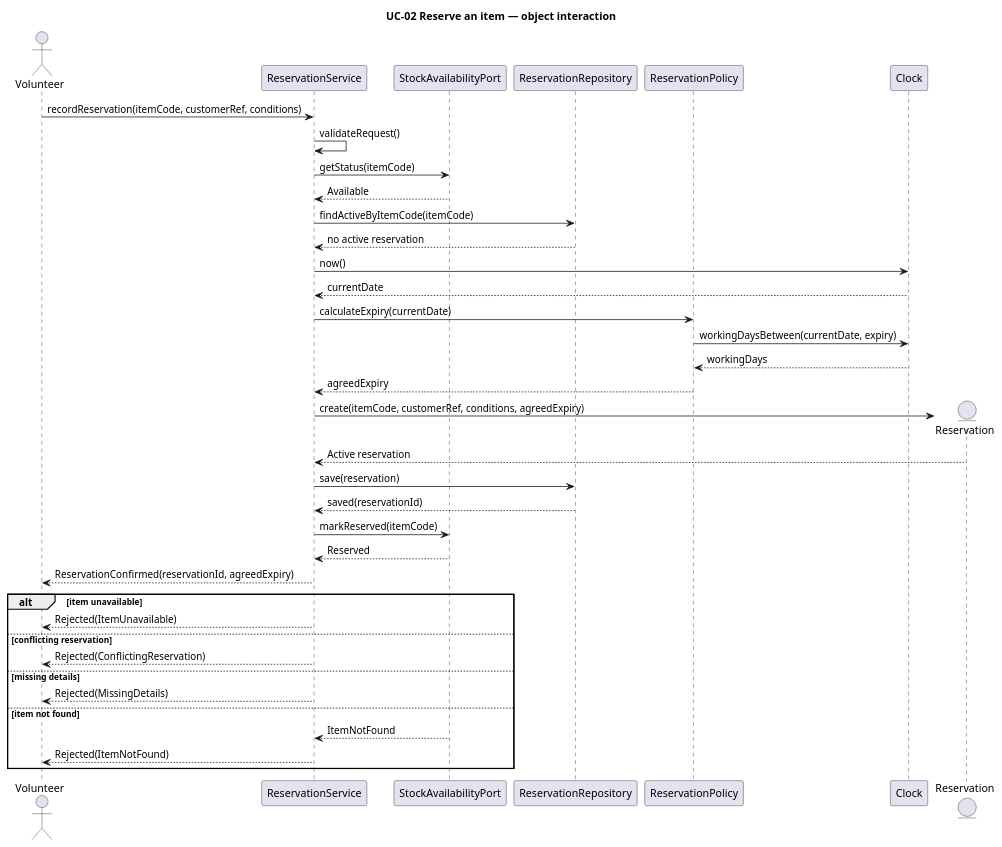
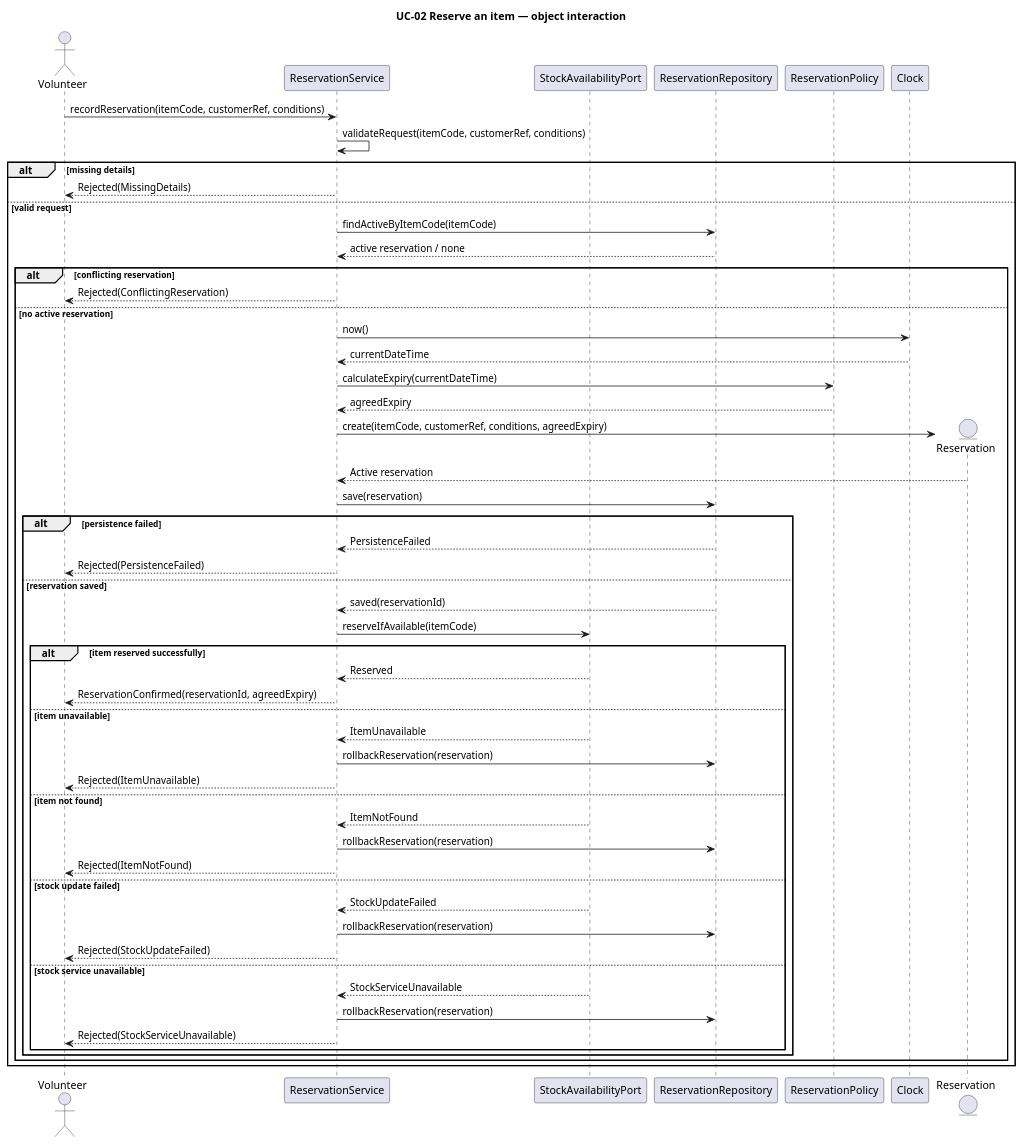
Before and after one commit to Mykola-Rubliuk/LocalCraftMarketplace: the diagram in ca2-analysis/slices/slice-1/sequence/Reserve-Item.puml, drawn with PlantUML. The commit also changed other lines of this file and 8 other files, not shown here.

```diff
--- a/ca2-analysis/slices/slice-1/sequence/Reserve-Item.puml
+++ b/ca2-analysis/slices/slice-1/sequence/Reserve-Item.puml
@@ -1,53 +2,76 @@
 @startuml
 
 title UC-02 Reserve an item — object interaction
 
 actor Volunteer
 participant ReservationService
 participant StockAvailabilityPort as Stock
 participant ReservationRepository as Repo
 participant ReservationPolicy as Policy
 participant Clock
 entity Reservation
 
 Volunteer -> ReservationService: recordReservation(itemCode, customerRef, conditions)
-ReservationService -> ReservationService: validateRequest()
 
-ReservationService -> Stock: getStatus(itemCode)
-Stock --> ReservationService: Available
+ReservationService -> ReservationService: validateRequest(itemCode, customerRef, conditions)
 
-ReservationService -> Repo: findActiveByItemCode(itemCode)
-Repo --> ReservationService: no active reservation
+alt missing details
+    ReservationService --> Volunteer: Rejected(MissingDetails)
+else valid request
 
-ReservationService -> Clock: now()
-Clock --> ReservationService: currentDate
+    ReservationService -> Repo: findActiveByItemCode(itemCode)
+    Repo --> ReservationService: active reservation / none
 
-ReservationService -> Policy: calculateExpiry(currentDate)
-Policy -> Clock: workingDaysBetween(currentDate, expiry)
-Clock --> Policy: workingDays
-Policy --> ReservationService: agreedExpiry
+    alt conflicting reservation
+        ReservationService --> Volunteer: Rejected(ConflictingReservation)
+    else no active reservation
 
-create Reservation
-ReservationService -> Reservation: create(itemCode, customerRef, conditions, agreedExpiry)
-Reservation --> ReservationService: Active reservation
+        ReservationService -> Clock: now()
+        Clock --> ReservationService: currentDateTime
 
-ReservationService -> Repo: save(reservation)
-Repo --> ReservationService: saved(reservationId)
+        ReservationService -> Policy: calculateExpiry(currentDateTime)
+        Policy --> ReservationService: agreedExpiry
 
-ReservationService -> Stock: markReserved(itemCode)
-Stock --> ReservationService: Reserved
+        create Reservation
+        ReservationService -> Reservation: create(itemCode, customerRef, conditions, agreedExpiry)
+        Reservation --> ReservationService: Active reservation
 
-ReservationService --> Volunteer: ReservationConfirmed(reservationId, agreedExpiry)
+        ReservationService -> Repo: save(reservation)
+        
+        alt persistence failed
+            Repo --> ReservationService: PersistenceFailed
+            ReservationService --> Volunteer: Rejected(PersistenceFailed)
+        else reservation saved
+            Repo --> ReservationService: saved(reservationId)
 
-alt item unavailable
-  ReservationService --> Volunteer: Rejected(ItemUnavailable)
-else conflicting reservation
-  ReservationService --> Volunteer: Rejected(ConflictingReservation)
-else missing details
-  ReservationService --> Volunteer: Rejected(MissingDetails)
-else item not found
-  Stock --> ReservationService: ItemNotFound
-  ReservationService --> Volunteer: Rejected(ItemNotFound)
+            ReservationService -> Stock: reserveIfAvailable(itemCode)
+
+            alt item reserved successfully
+                Stock --> ReservationService: Reserved
+                ReservationService --> Volunteer: ReservationConfirmed(reservationId, agreedExpiry)
+
+            else item unavailable
+                Stock --> ReservationService: ItemUnavailable
+                ReservationService -> Repo: rollbackReservation(reservation)
+                ReservationService --> Volunteer: Rejected(ItemUnavailable)
+
+            else item not found
+                Stock --> ReservationService: ItemNotFound
+                ReservationService -> Repo: rollbackReservation(reservation)
+                ReservationService --> Volunteer: Rejected(ItemNotFound)
+
+            else stock update failed
+                Stock --> ReservationService: StockUpdateFailed
+                ReservationService -> Repo: rollbackReservation(reservation)
+                ReservationService --> Volunteer: Rejected(StockUpdateFailed)
+
+            else stock service unavailable
+                Stock --> ReservationService: StockServiceUnavailable
+                ReservationService -> Repo: rollbackReservation(reservation)
+                ReservationService --> Volunteer: Rejected(StockServiceUnavailable)
+            end
+        end
+    end
 end
 
 @enduml
```
